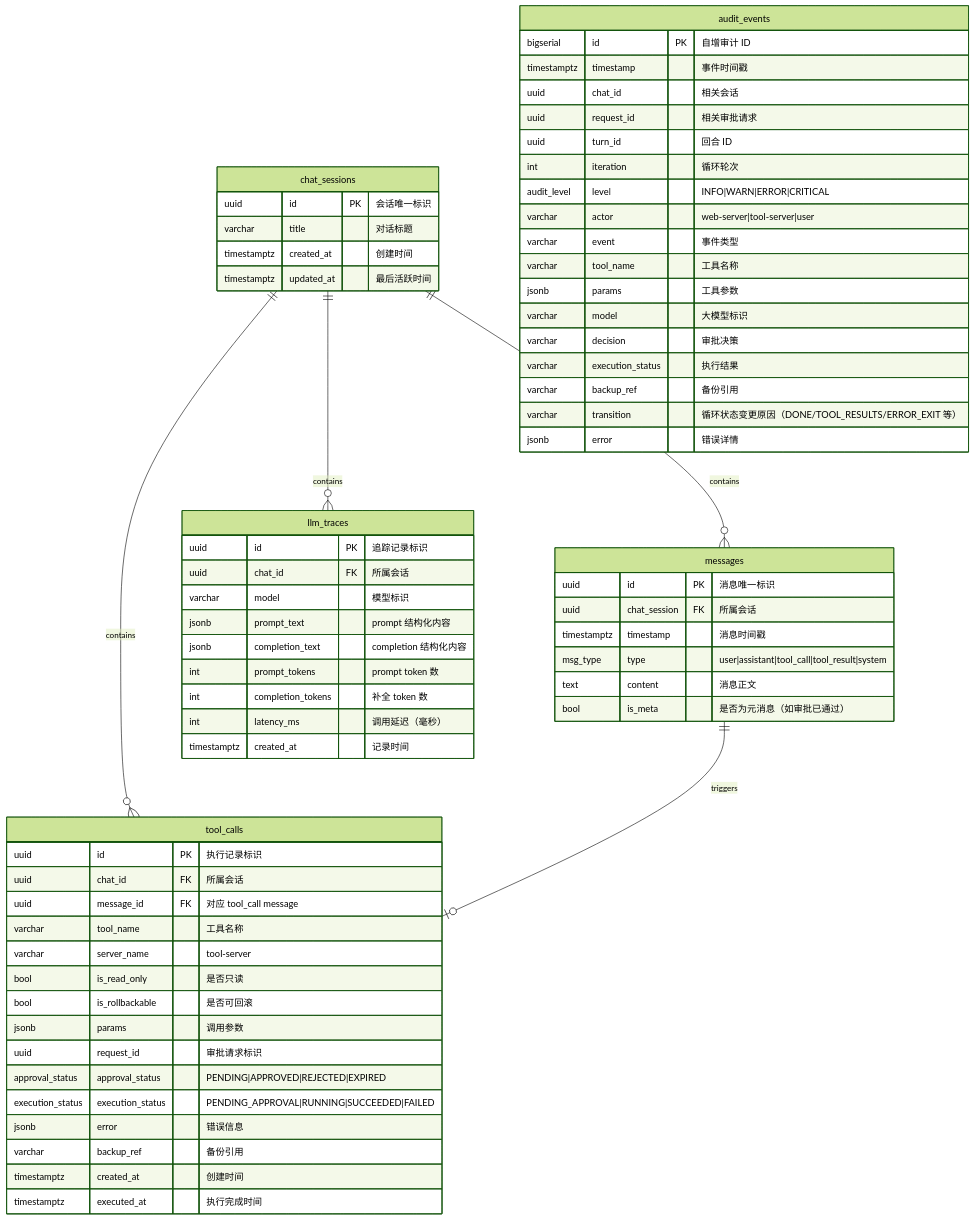
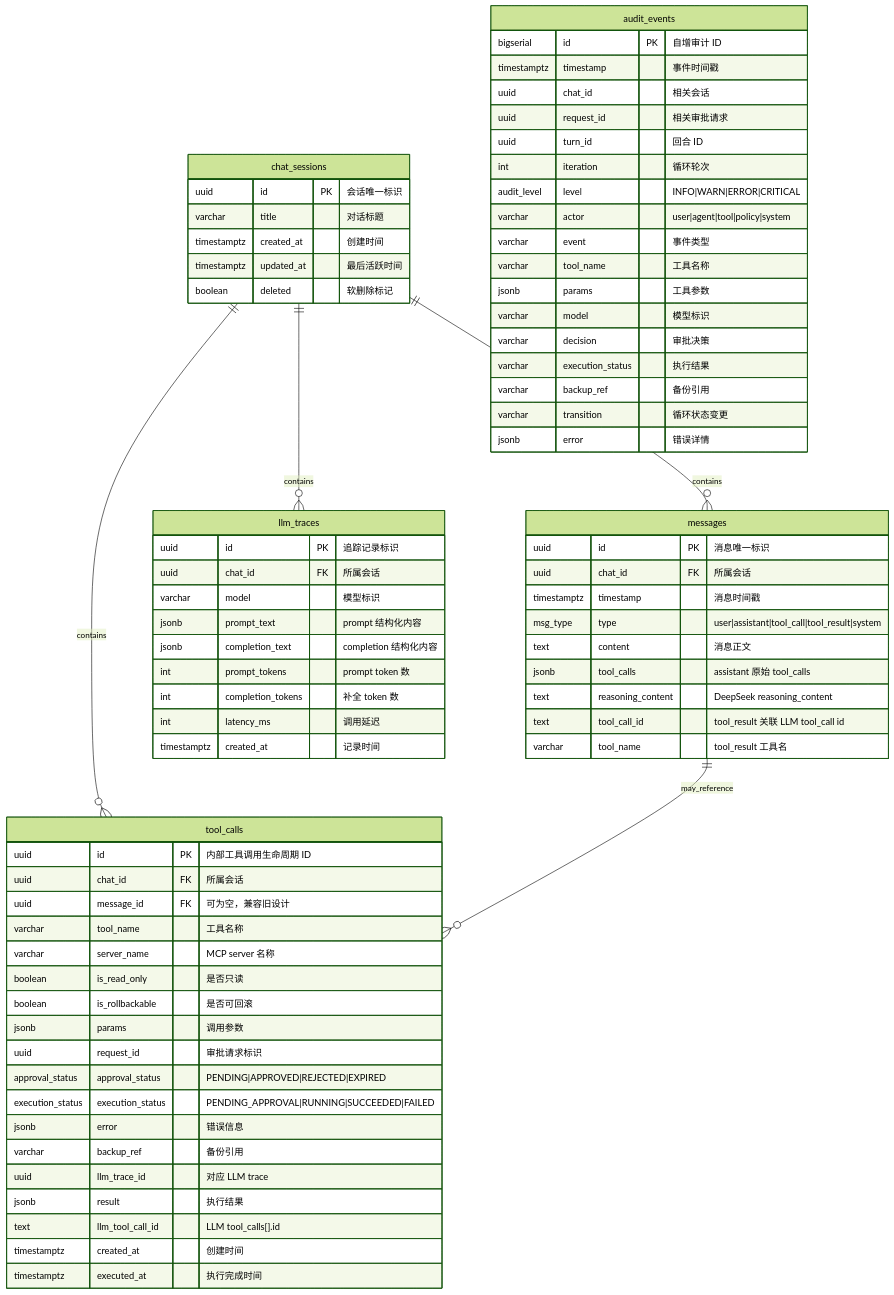
The diagram in docs/数据库设计.md (nazzeDe/alascup-agent), drawn with Mermaid (forest theme) before and after one commit. The commit also changed other lines of this file and 21 other files, not shown here.

````diff
--- a/docs/数据库设计.md
+++ b/docs/数据库设计.md
@@ -14,73 +15,80 @@
 ```mermaid
 erDiagram
     chat_sessions {
         uuid id PK "会话唯一标识"
         varchar title "对话标题"
         timestamptz created_at "创建时间"
         timestamptz updated_at "最后活跃时间"
+        boolean deleted "软删除标记"
     }
 
     messages {
         uuid id PK "消息唯一标识"
-        uuid chat_session FK "所属会话"
+        uuid chat_id FK "所属会话"
         timestamptz timestamp "消息时间戳"
         msg_type type "user|assistant|tool_call|tool_result|system"
         text content "消息正文"
-        bool is_meta "是否为元消息（如审批已通过）"
+        jsonb tool_calls "assistant 原始 tool_calls"
+        text reasoning_content "DeepSeek reasoning_content"
+        text tool_call_id "tool_result 关联 LLM tool_call id"
+        varchar tool_name "tool_result 工具名"
     }
 
     tool_calls {
-        uuid id PK "执行记录标识"
+        uuid id PK "内部工具调用生命周期 ID"
         uuid chat_id FK "所属会话"
-        uuid message_id FK "对应 tool_call message"
+        uuid message_id FK "可为空，兼容旧设计"
         varchar tool_name "工具名称"
-        varchar server_name "tool-server"
-        bool is_read_only "是否只读"
-        bool is_rollbackable "是否可回滚"
+        varchar server_name "MCP server 名称"
+        boolean is_read_only "是否只读"
+        boolean is_rollbackable "是否可回滚"
         jsonb params "调用参数"
         uuid request_id "审批请求标识"
         approval_status approval_status "PENDING|APPROVED|REJECTED|EXPIRED"
         execution_status execution_status "PENDING_APPROVAL|RUNNING|SUCCEEDED|FAILED"
         jsonb error "错误信息"
         varchar backup_ref "备份引用"
+        uuid llm_trace_id "对应 LLM trace"
+        jsonb result "执行结果"
+        text llm_tool_call_id "LLM tool_calls[].id"
         timestamptz created_at "创建时间"
         timestamptz executed_at "执行完成时间"
     }
 
     audit_events {
         bigserial id PK "自增审计 ID"
         timestamptz timestamp "事件时间戳"
         uuid chat_id "相关会话"
         uuid request_id "相关审批请求"
         uuid turn_id "回合 ID"
         int iteration "循环轮次"
         audit_level level "INFO|WARN|ERROR|CRITICAL"
-        varchar actor "web-server|tool-server|user"
+        varchar actor "user|agent|tool|policy|system"
         varchar event "事件类型"
         varchar tool_name "工具名称"
         jsonb params "工具参数"
-        varchar model "大模型标识"
+        varchar model "模型标识"
         varchar decision "审批决策"
         varchar execution_status "执行结果"
         varchar backup_ref "备份引用"
-        varchar transition "循环状态变更原因（DONE/TOOL_RESULTS/ERROR_EXIT 等）"
+        varchar transition "循环状态变更"
         jsonb error "错误详情"
     }
 
     llm_traces {
         uuid id PK "追踪记录标识"
         uuid chat_id FK "所属会话"
         varchar model "模型标识"
         jsonb prompt_text "prompt 结构化内容"
         jsonb completion_text "completion 结构化内容"
         int prompt_tokens "prompt token 数"
         int completion_tokens "补全 token 数"
-        int latency_ms "调用延迟（毫秒）"
+        int latency_ms "调用延迟"
         timestamptz created_at "记录时间"
     }
 
     chat_sessions ||--o{ messages : contains
     chat_sessions ||--o{ tool_calls : contains
     chat_sessions ||--o{ llm_traces : contains
-    messages ||--o| tool_calls : triggers
+    messages ||--o{ tool_calls : may_reference
 ```
````
